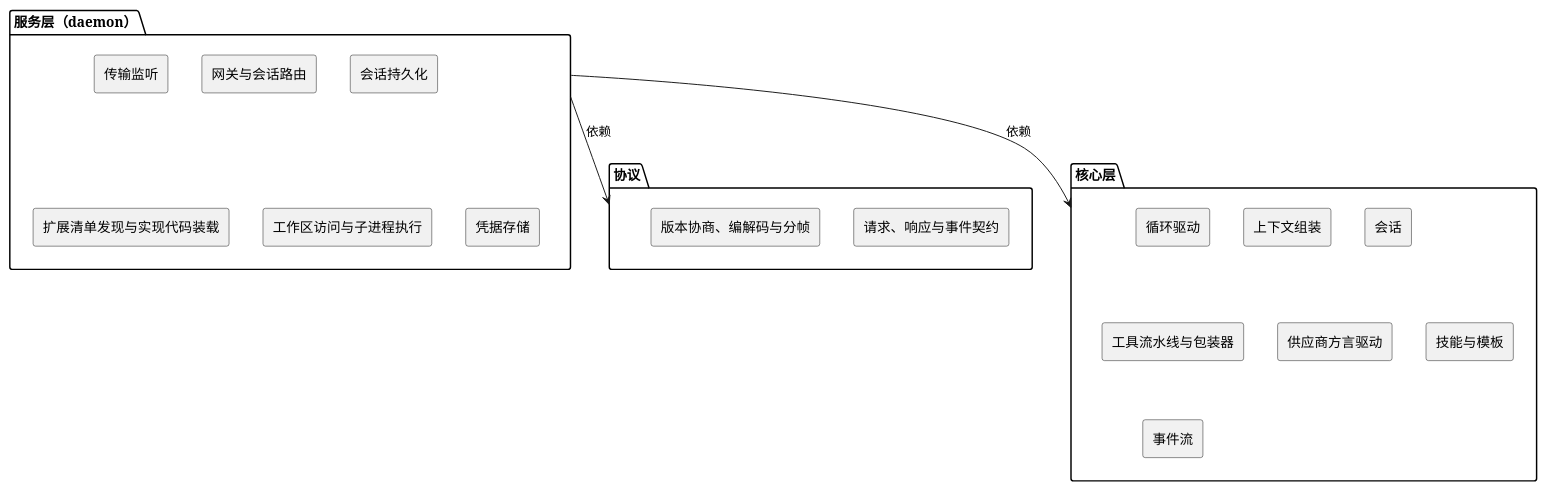
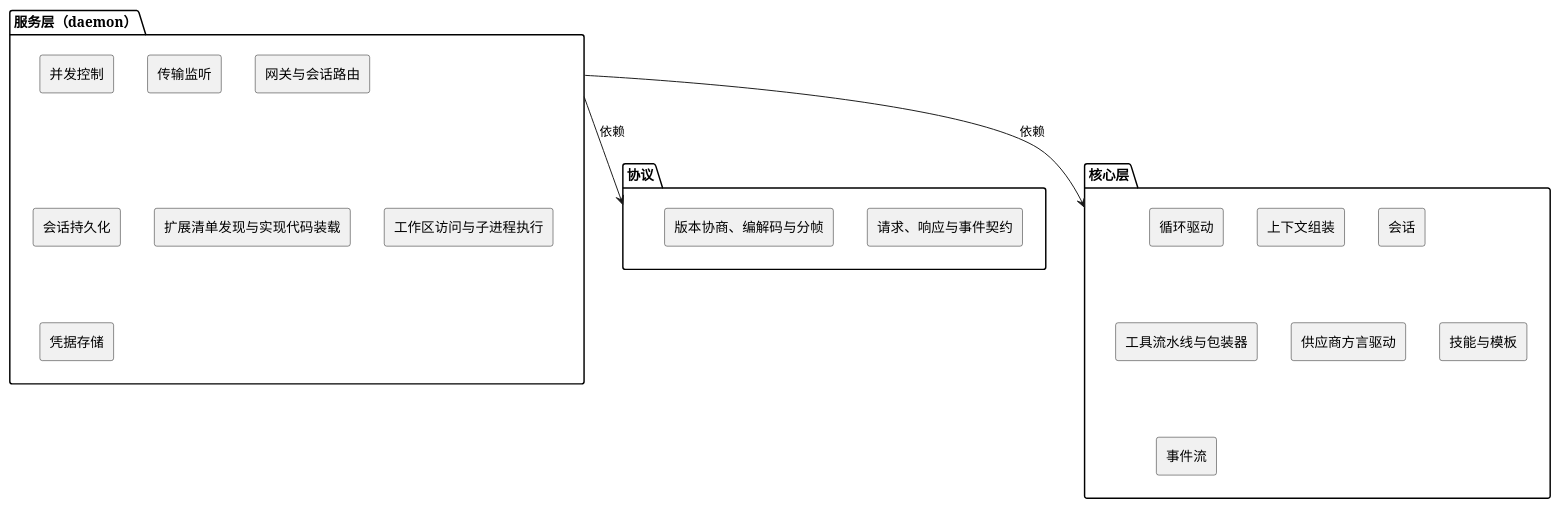
One commit to pisciculus0413/Pisces changed the first of 9 diagrams in docs/1 High-Level Design/1 High-Level Design.md. Above: the diagram before and after it, drawn with PlantUML. The commit also changed other lines of this file, not shown here.

````diff
--- a/docs/1 High-Level Design/1 High-Level Design.md
+++ b/docs/1 High-Level Design/1 High-Level Design.md
@@ -165,32 +176,33 @@
 ```plantuml
 @startuml
 skinparam componentStyle rectangle
 
 package "协议" as protocol {
   [请求、响应与事件契约]
   [版本协商、编解码与分帧]
 }
 
 package "服务层（daemon）" as daemon {
+  [并发控制]
   [传输监听]
   [网关与会话路由]
   [会话持久化]
   [扩展清单发现与实现代码装载]
   [工作区访问与子进程执行]
   [凭据存储]
 }
 
 package "核心层" as core {
   [循环驱动]
   [上下文组装]
   [会话]
   [工具流水线与包装器]
   [供应商方言驱动]
   [技能与模板]
   [事件流]
 }
 
 daemon --> protocol : 依赖
 daemon --> core : 依赖
 @enduml
 ```
````
